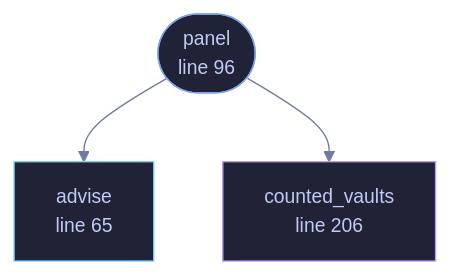
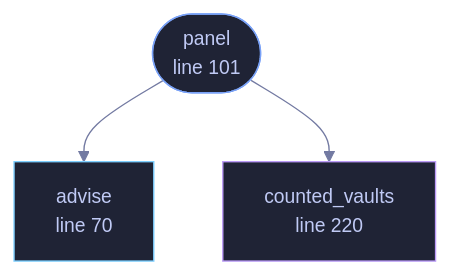
One commit to tilas01/veilvoice changed the diagram in docs/files/veilvoice-gui/decoys.md. Above: the diagram before and after it, drawn with Mermaid. The commit also changed other lines of this file and 72 other files, not shown here.

````diff
--- a/docs/files/veilvoice-gui/decoys.md
+++ b/docs/files/veilvoice-gui/decoys.md
@@ -79,18 +79,18 @@
 ```mermaid
 %%{init: {"theme":"base","themeVariables":{"background":"#1a1b26","primaryColor":"#1f2335","primaryTextColor":"#c0caf5","primaryBorderColor":"#7aa2f7","secondaryColor":"#16161e","tertiaryColor":"#16161e","lineColor":"#737aa2","textColor":"#c0caf5","mainBkg":"#1f2335","nodeBorder":"#7aa2f7","clusterBkg":"#16161e","clusterBorder":"#2f3549","fontFamily":"ui-monospace, SFMono-Regular, Consolas, monospace","fontSize":"14px"}}}%%
 flowchart TD
-    n_advise["advise<br/>line 65"]
-    n_panel(["panel<br/>line 96"])
-    n_counted_vaults["counted_vaults<br/>line 206"]
+    n_advise["advise<br/>line 70"]
+    n_panel(["panel<br/>line 101"])
+    n_counted_vaults["counted_vaults<br/>line 220"]
     n_panel --> n_advise
     n_panel --> n_counted_vaults
-    click n_advise href "https://github.com/tilas01/veilvoice/blob/main/crates/veilvoice-gui/src/decoys.rs#L65" "open the source"
-    click n_panel href "https://github.com/tilas01/veilvoice/blob/main/crates/veilvoice-gui/src/decoys.rs#L96" "open the source"
-    click n_counted_vaults href "https://github.com/tilas01/veilvoice/blob/main/crates/veilvoice-gui/src/decoys.rs#L206" "open the source"
+    click n_advise href "https://github.com/tilas01/veilvoice/blob/main/crates/veilvoice-gui/src/decoys.rs#L70" "open the source"
+    click n_panel href "https://github.com/tilas01/veilvoice/blob/main/crates/veilvoice-gui/src/decoys.rs#L101" "open the source"
+    click n_counted_vaults href "https://github.com/tilas01/veilvoice/blob/main/crates/veilvoice-gui/src/decoys.rs#L220" "open the source"
     classDef entry fill:#1f2335,stroke:#7aa2f7,color:#c0caf5
     class n_panel entry
     classDef api fill:#1f2335,stroke:#7dcfff,color:#c0caf5
     class n_advise api
     classDef helper fill:#1f2335,stroke:#bb9af7,color:#c0caf5
     class n_counted_vaults helper
 ```
````
